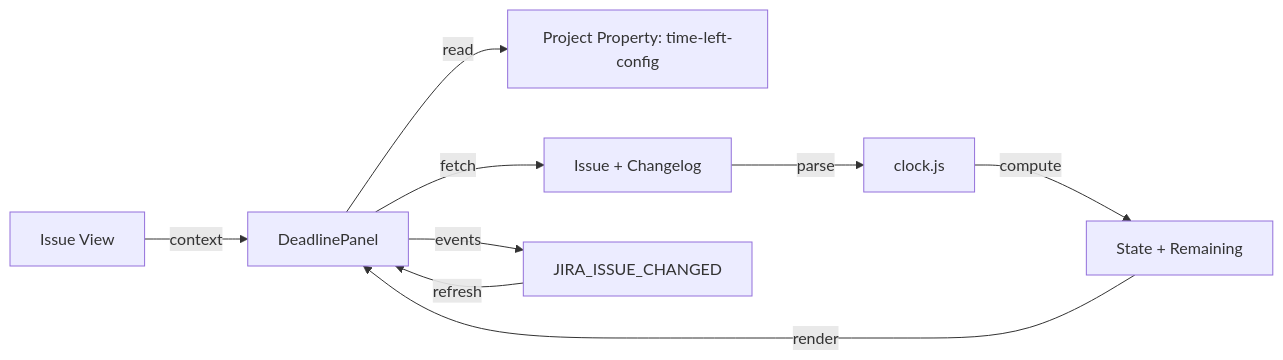
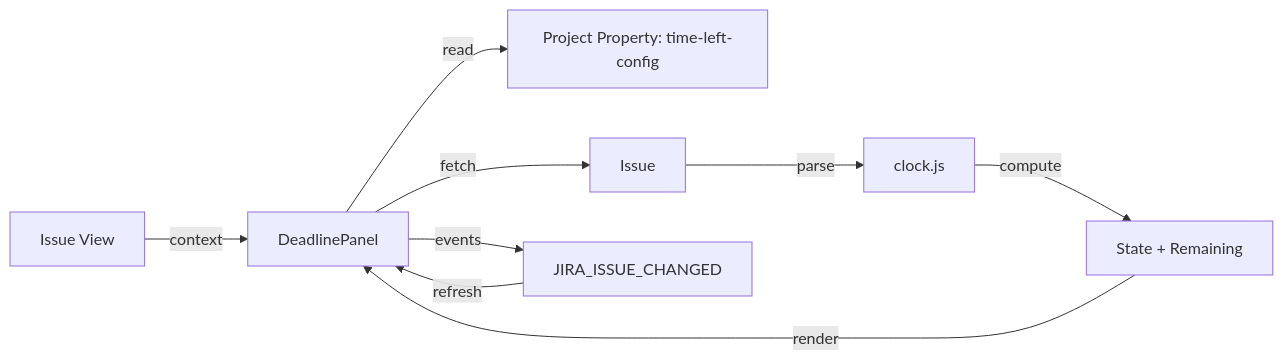
One commit to otolochko/atlassian-forge-time-left changed the diagram in README.md. Above: the diagram before and after it, drawn with Mermaid. The commit also changed other lines of this file and 5 other files, not shown here.

````diff
--- a/README.md
+++ b/README.md
@@ -44,11 +44,11 @@
 ```mermaid
 flowchart LR
     A[Issue View] -->|context| B[DeadlinePanel]
     B -->|read| C[Project Property: time-left-config]
-    B -->|fetch| D[Issue + Changelog]
+    B -->|fetch| D[Issue]
     D -->|parse| E[clock.js]
     E -->|compute| F[State + Remaining]
     F -->|render| B
     B -->|events| G[JIRA_ISSUE_CHANGED]
     G -->|refresh| B
 ```
````
